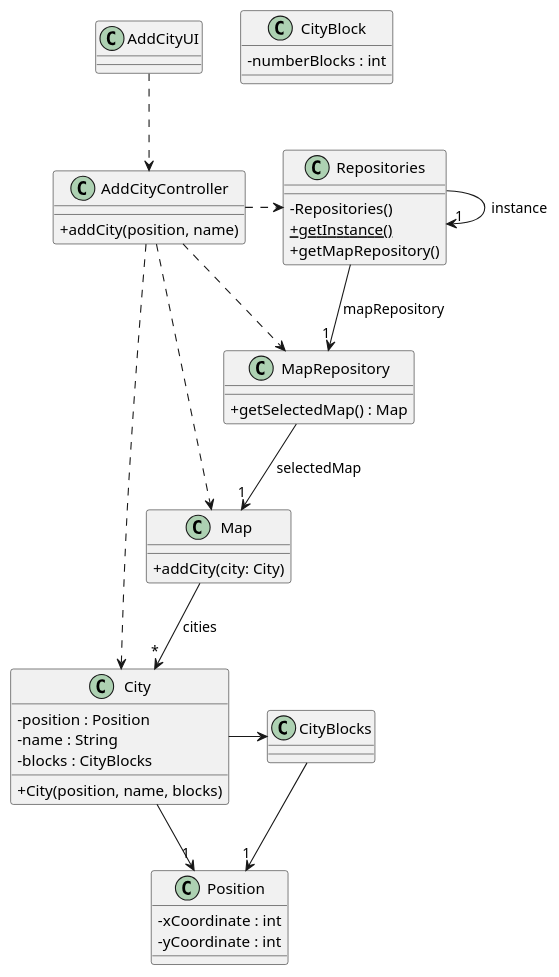
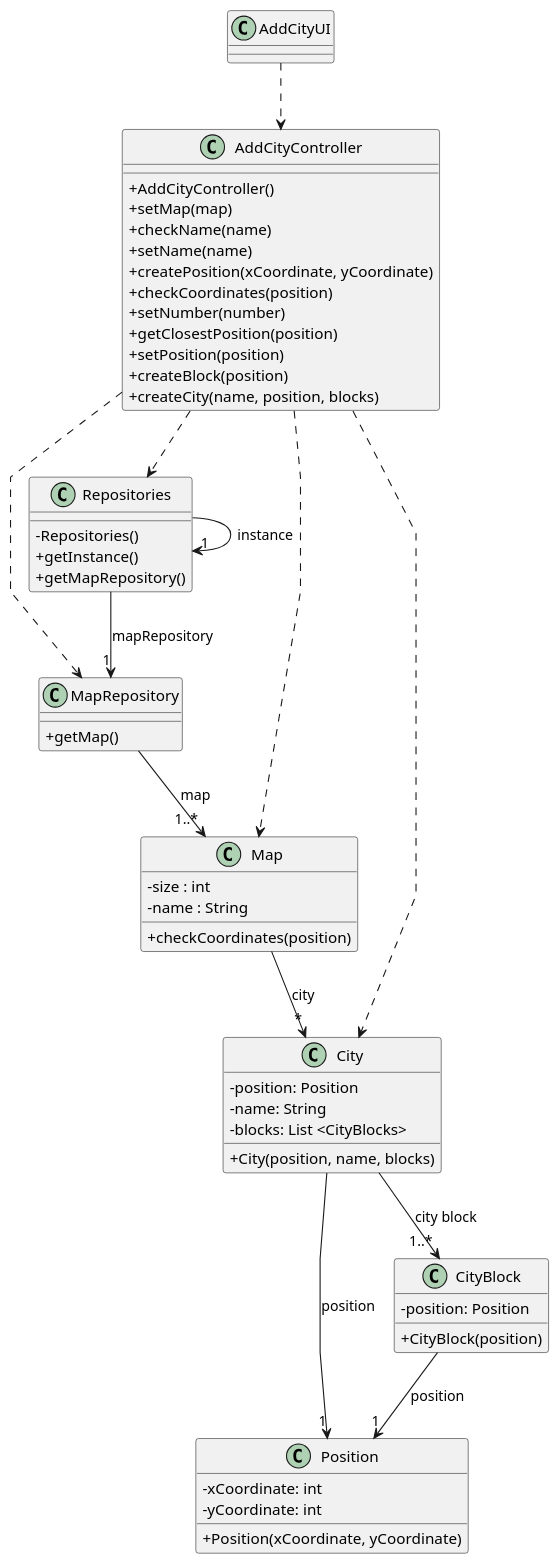
The diagram in Sprint2/US003/03.design/puml/US003-CD.puml (1240935/pi2-railway-simulator), drawn with PlantUML before and after one commit. The commit also changed 24 other files, not shown here.

```diff
--- a/Sprint2/US003/03.design/puml/US003-CD.puml
+++ b/Sprint2/US003/03.design/puml/US003-CD.puml
@@ -1,55 +1,81 @@
 @startuml
+'skinparam monochrome true
+skinparam packageStyle rectangle
+skinparam shadowing false
+skinparam linetype polyline
+'skinparam linetype orto
+
 skinparam classAttributeIconSize 0
+
+'left to right direction
 
 class AddCityUI {
 
 }
 
 class AddCityController {
-  +addCity(position, name)
+  +AddCityController()
+  +setMap(map)
+  +checkName(name)
+  +setName(name)
+  +createPosition(xCoordinate, yCoordinate)
+  +checkCoordinates(position)
+  +setNumber(number)
+  +getClosestPosition(position)
+  +setPosition(position)
+  +createBlock(position)
+  +createCity(name, position, blocks)
 }
 
 class MapRepository {
-  +getSelectedMap() : Map
+     +getMap()
 }
 
 class Repositories {
     - Repositories()
-    + {static} getInstance()
+    + getInstance()
     + getMapRepository()
 }
 
 class Map {
-  +addCity(city: City)
+  - size : int
+  - name : String
+  +checkCoordinates(position)
 }
 
 class City {
-  - position : Position
-  - name : String
-  - blocks : CityBlocks
+  - position: Position
+  - name: String
+  - blocks: List <CityBlocks>
   + City(position, name, blocks)
 }
 
 class Position {
- - xCoordinate : int
- - yCoordinate : int
+ - xCoordinate: int
+ - yCoordinate: int
+ +Position(xCoordinate, yCoordinate)
 }
 
 class CityBlock{
- - numberBlocks : int
+   - position: Position
+   +CityBlock(position)
 }
 
 AddCityUI ..> AddCityController
-AddCityController .> Repositories
+AddCityController ..> Repositories
 AddCityController ..> MapRepository
 AddCityController ..> City
 AddCityController ..> Map
-MapRepository --> "1" Map : selectedMap
-Map --> "*" City : cities
+
+MapRepository --> "1..*" Map : map
+
+Map --> "*" City : city
+
 Repositories --> "1" MapRepository : mapRepository
-Repositories -> "1" Repositories : instance
-City -> "1" Position
-City -> CityBlocks
-CityBlocks --> "1" Position
+Repositories --> "1" Repositories : instance
+
+City --> "1" Position : position
+City --> "1..*" CityBlock : city block
+CityBlock --> "1" Position : position
 
 @enduml
```
